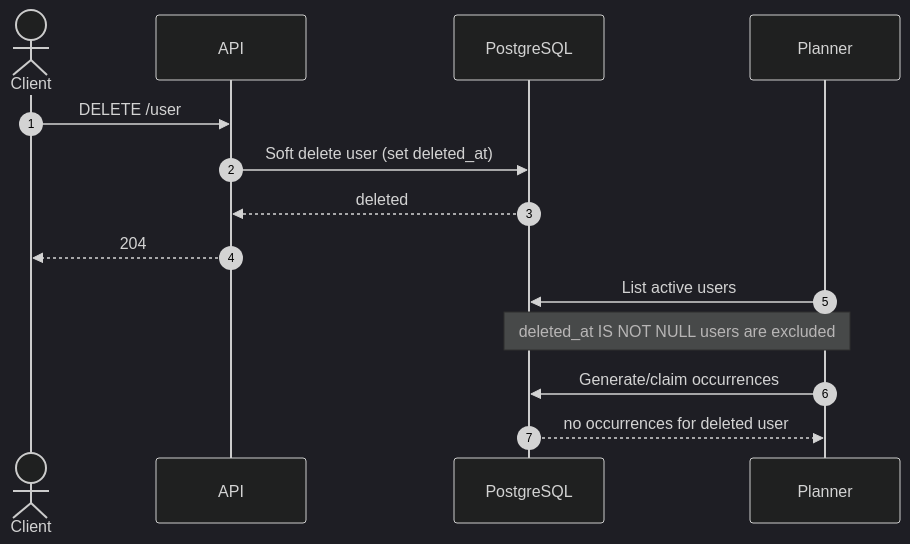
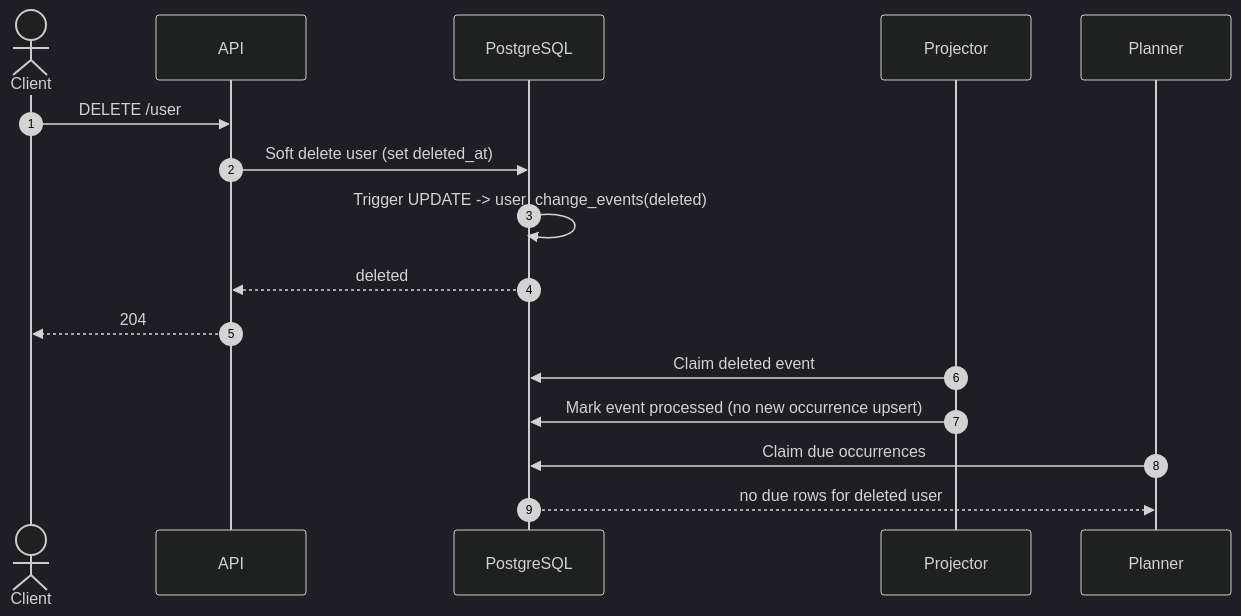
One commit to derarkh/Birthday-Notification-Service changed the third of 3 diagrams in docs/architecture.md. Above: the diagram before and after it, drawn with Mermaid (dark theme). The commit also changed other lines of this file and 23 other files, not shown here.

````diff
--- a/docs/architecture.md
+++ b/docs/architecture.md
@@ -153,18 +174,20 @@
 ```mermaid
 sequenceDiagram
   autonumber
   actor Client
   participant API as API
   participant DB as PostgreSQL
+  participant Projector as Projector
   participant Planner as Planner
 
   Client->>API: DELETE /user
   API->>DB: Soft delete user (set deleted_at)
+  DB->>DB: Trigger UPDATE -> user_change_events(deleted)
   DB-->>API: deleted
   API-->>Client: 204
 
-  Planner->>DB: List active users
-  Note over Planner,DB: deleted_at IS NOT NULL users are excluded
-  Planner->>DB: Generate/claim occurrences
-  DB-->>Planner: no occurrences for deleted user
+  Projector->>DB: Claim deleted event
+  Projector->>DB: Mark event processed (no new occurrence upsert)
+  Planner->>DB: Claim due occurrences
+  DB-->>Planner: no due rows for deleted user
 ```
````
